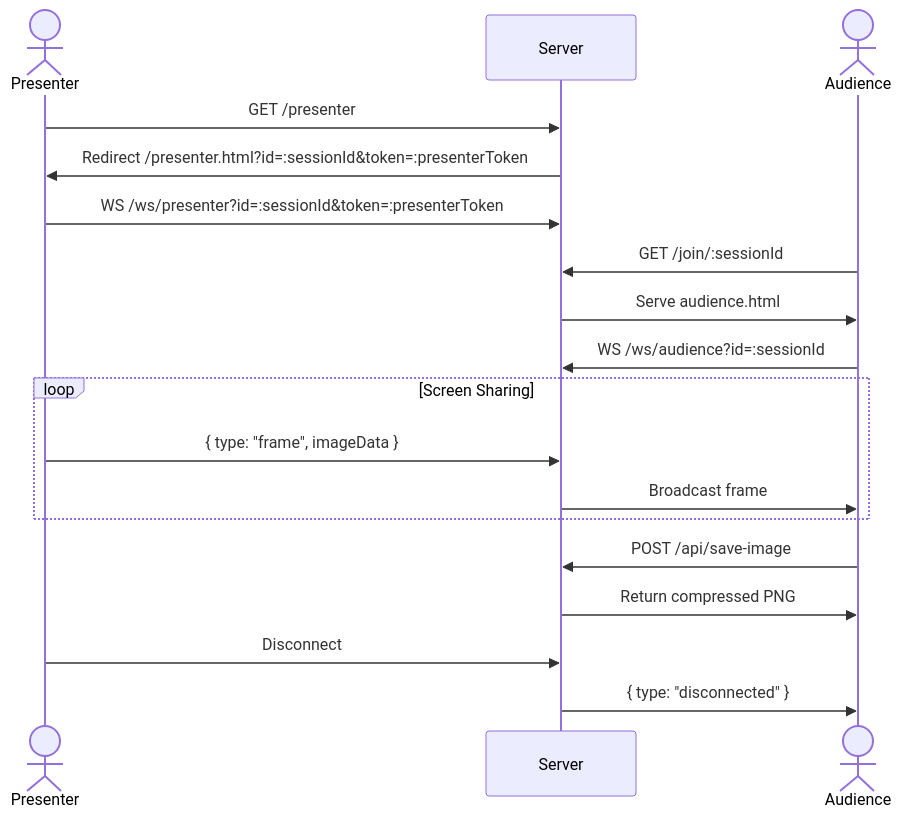
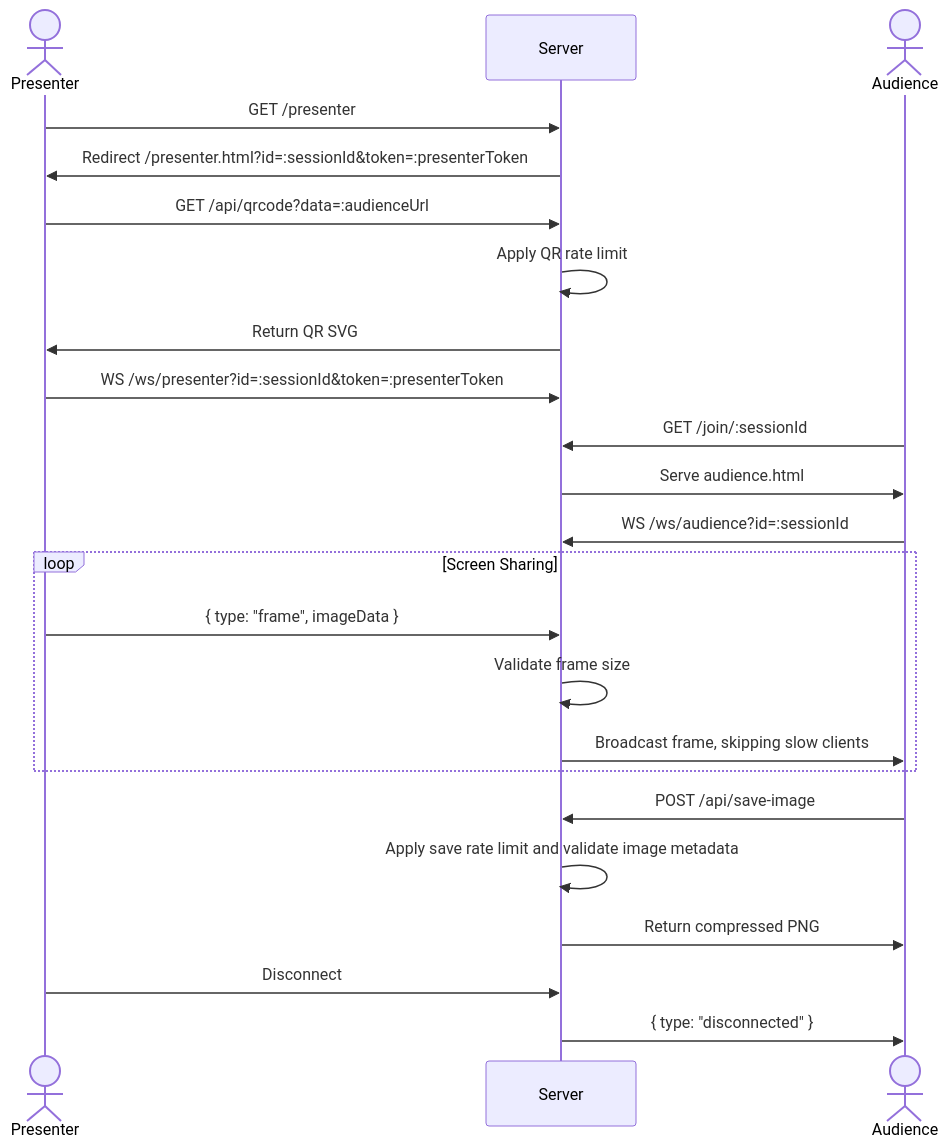
Before and after one commit to gongahkia/picpocket: the diagram in README.md, drawn with Mermaid.

Commit message:
docs: refresh architecture diagram

````diff
--- a/README.md
+++ b/README.md
@@ -29,25 +29,30 @@
 ```mermaid
 sequenceDiagram
     actor Presenter as Presenter
     participant Server
     actor Audience as Audience
 
     Presenter->>Server: GET /presenter
     Server->>Presenter: Redirect /presenter.html?id=:sessionId&token=:presenterToken
+    Presenter->>Server: GET /api/qrcode?data=:audienceUrl
+    Server->>Server: Apply QR rate limit
+    Server->>Presenter: Return QR SVG
     Presenter->>Server: WS /ws/presenter?id=:sessionId&token=:presenterToken
 
     Audience->>Server: GET /join/:sessionId
     Server->>Audience: Serve audience.html
     Audience->>Server: WS /ws/audience?id=:sessionId
 
     loop Screen Sharing
         Presenter->>Server: { type: "frame", imageData }
-        Server->>Audience: Broadcast frame
+        Server->>Server: Validate frame size
+        Server->>Audience: Broadcast frame, skipping slow clients
     end
 
     Audience->>Server: POST /api/save-image
+    Server->>Server: Apply save rate limit and validate image metadata
     Server->>Audience: Return compressed PNG
 
     Presenter->>Server: Disconnect
     Server->>Audience: { type: "disconnected" }
 ```
````
